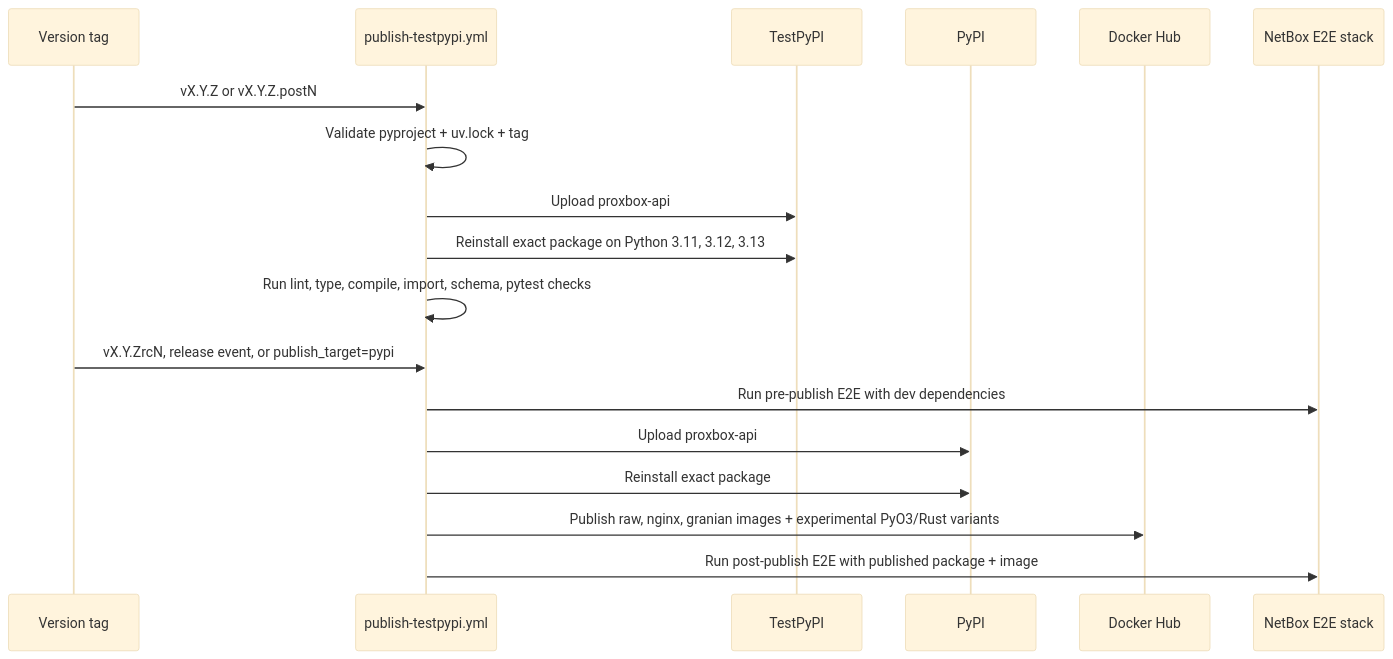
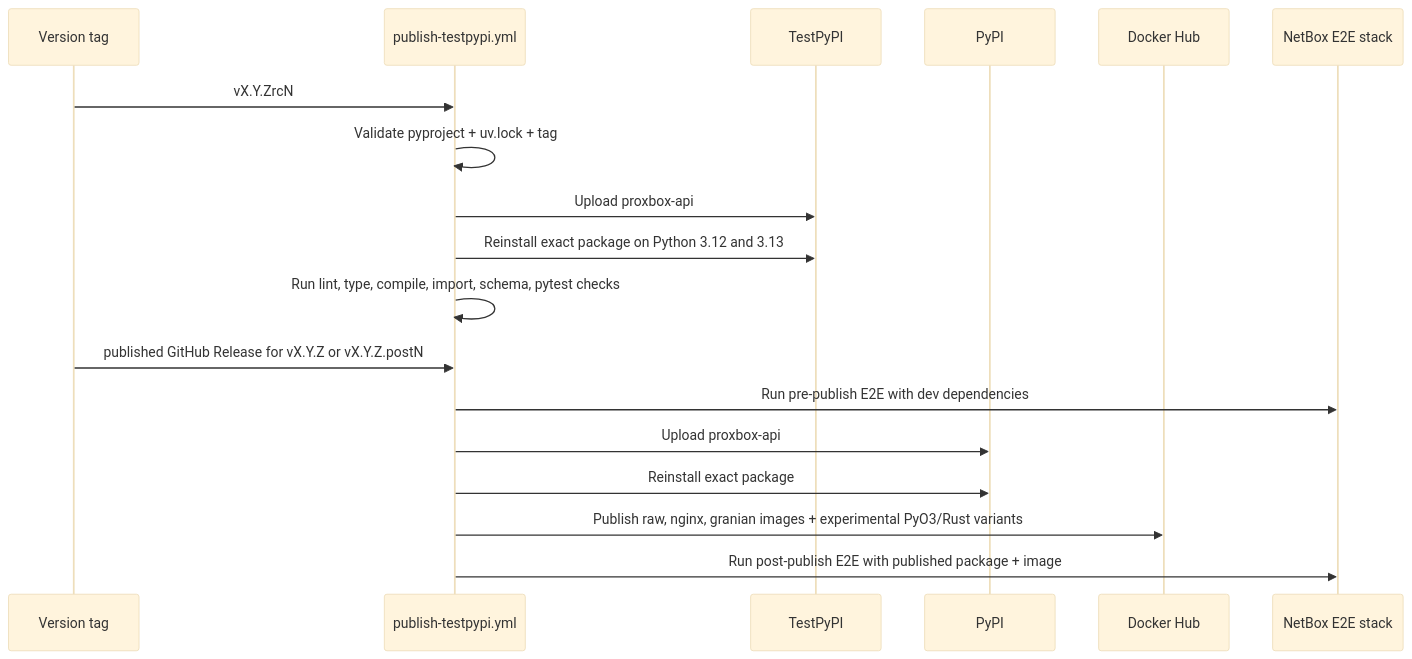
Before and after one commit to emersonfelipesp/proxbox-api: the third of 3 diagrams in docs/development/ci-e2e-workflows.md, drawn with Mermaid (base theme). The commit also changed other lines of this file and 30 other files, not shown here.

Commit message:
Prepare immutable package-first release

````diff
--- a/docs/development/ci-e2e-workflows.md
+++ b/docs/development/ci-e2e-workflows.md
@@ -109,22 +109,22 @@
 ```mermaid
 sequenceDiagram
     participant Tag as Version tag
     participant WF as publish-testpypi.yml
     participant TP as TestPyPI
     participant PY as PyPI
     participant DH as Docker Hub
     participant E2E as NetBox E2E stack
 
-    Tag->>WF: vX.Y.Z or vX.Y.Z.postN
+    Tag->>WF: vX.Y.ZrcN
     WF->>WF: Validate pyproject + uv.lock + tag
     WF->>TP: Upload proxbox-api
-    WF->>TP: Reinstall exact package on Python 3.11, 3.12, 3.13
+    WF->>TP: Reinstall exact package on Python 3.12 and 3.13
     WF->>WF: Run lint, type, compile, import, schema, pytest checks
 
-    Tag->>WF: vX.Y.ZrcN, release event, or publish_target=pypi
+    Tag->>WF: published GitHub Release for vX.Y.Z or vX.Y.Z.postN
     WF->>E2E: Run pre-publish E2E with dev dependencies
     WF->>PY: Upload proxbox-api
     WF->>PY: Reinstall exact package
     WF->>DH: Publish raw, nginx, granian images + experimental PyO3/Rust variants
     WF->>E2E: Run post-publish E2E with published package + image
 ```
````
